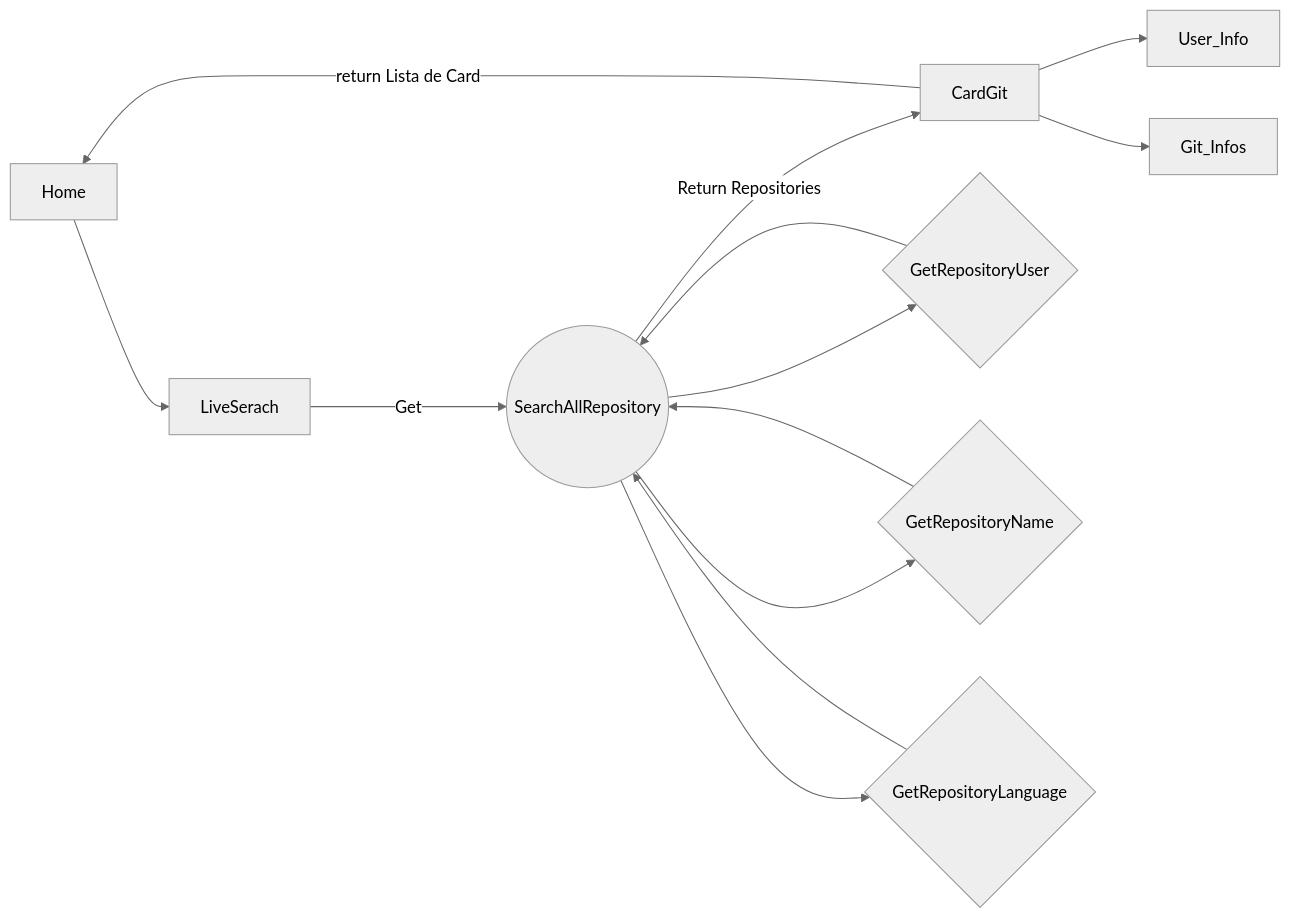
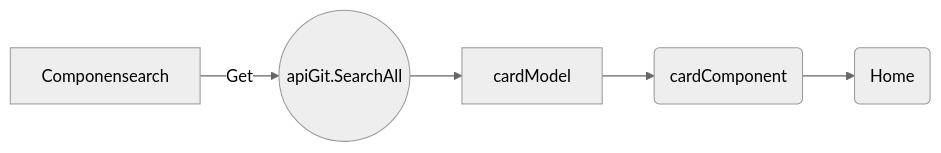
The first of 2 diagrams in docs/README.md (FieldControl/valinor), drawn with Mermaid (neutral theme) before and after one commit. The commit also changed other lines of this file, not shown here.

````diff
--- a/docs/README.md
+++ b/docs/README.md
@@ -40,20 +39,9 @@
 ```mermaid
 	graph LR
 	
-G[Home] --> A
-H[CardGit] --> I
-H --> J
-I[User_Info] 
-J[Git_Infos]
-A[LiveSerach] -- Get --> B((SearchAllRepository))
 
-B --> D{GetRepositoryUser}
-B --> E{GetRepositoryName}
-B --> F{GetRepositoryLanguage}
-D --> B
-E --> B
-F --> B
-B -- Return Repositories--> H
-H --return Lista de Card--> G
+
+A[Componensearch] -- Get -->  B((apiGit.SearchAll)) --> c[cardModel]--> D(cardComponent) --> E(Home)
+
 
 ```
````
